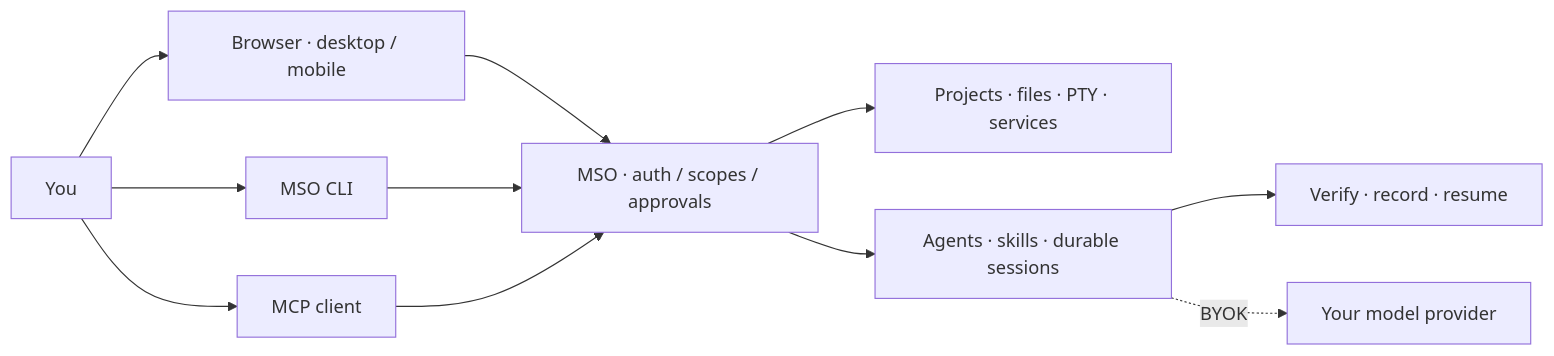
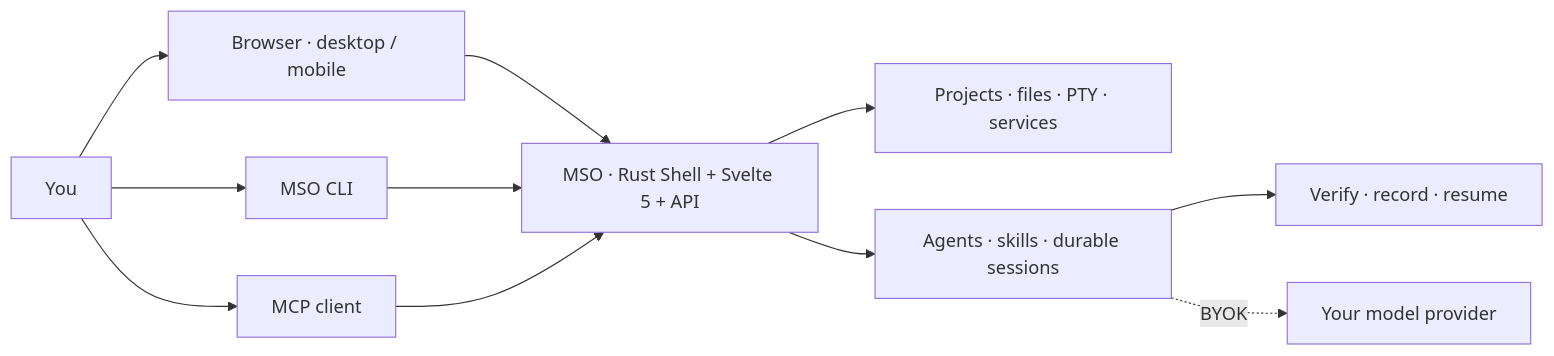
The diagram in README.md (rahmanef63/mso), drawn with Mermaid before and after one commit. The commit also changed other lines of this file and 2 other files, not shown here.

Commit message:
docs(readme): highlight Now in Rust + Svelte 5, add minimum specs, remove Next.js comparison media

````diff
--- a/README.md
+++ b/README.md
@@ -32,11 +28,11 @@
 ```mermaid
 flowchart LR
     You["You"] --> Web["Browser · desktop / mobile"]
     You --> CLI["MSO CLI"]
     You --> MCP["MCP client"]
-    Web & CLI & MCP --> Core["MSO · auth / scopes / approvals"]
+    Web & CLI & MCP --> Core["MSO · Rust Shell + Svelte 5 + API"]
     Core --> Work["Projects · files · PTY · services"]
     Core --> Agents["Agents · skills · durable sessions"]
     Agents --> Evidence["Verify · record · resume"]
     Agents -. BYOK .-> Model["Your model provider"]
 ```
````
